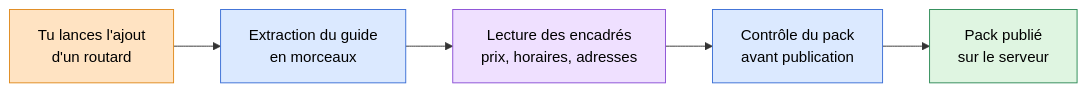
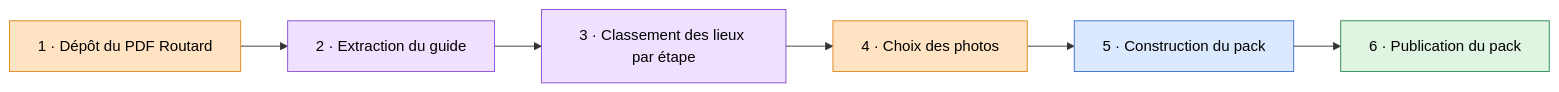
Before and after one commit to benjaminge73/mes-skills: the second of 2 diagrams in plugins/plans-notion/skills/_partage/schemas.md, drawn with Mermaid. The commit also changed other lines of this file, not shown here.

Commit message:
fix(plans-notion): étape 3 — revue, gabarit de frise, étape métier unique, classe agent

````diff
--- a/plugins/plans-notion/skills/_partage/schemas.md
+++ b/plugins/plans-notion/skills/_partage/schemas.md
@@ -214,15 +221,16 @@
 ```mermaid
 flowchart LR
   classDef toi fill:#ffe3c2,stroke:#e08a1e,color:#000
   classDef agent fill:#efe0ff,stroke:#8b4fd6,color:#000
   classDef det fill:#dbe9ff,stroke:#3b6fd6,color:#000
   classDef out fill:#dff5e1,stroke:#2e8b57,color:#000
 
-  S1["Tu lances l'ajout<br>d'un routard"]:::toi
-  S2["Extraction du guide<br>en morceaux"]:::det
-  S3["Lecture des encadrés<br>prix, horaires, adresses"]:::agent
-  S4["Contrôle du pack<br>avant publication"]:::det
-  S5["Pack publié<br>sur le serveur"]:::out
+  S1["1 · Dépôt du PDF Routard"]:::toi
+  S2["2 · Extraction du guide"]:::agent
+  S3["3 · Classement des lieux par étape"]:::agent
+  S4["4 · Choix des photos"]:::toi
+  S5["5 · Construction du pack"]:::det
+  S6["6 · Publication du pack"]:::out
 
-  S1 --> S2 --> S3 --> S4 --> S5
+  S1 --> S2 --> S3 --> S4 --> S5 --> S6
 ```
````
